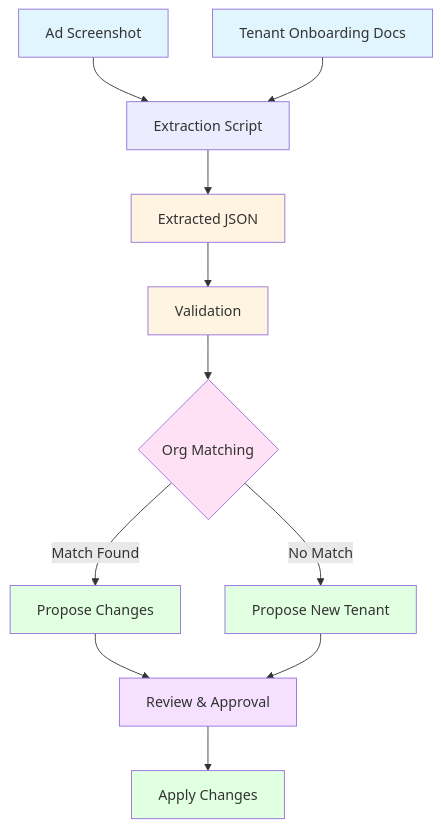
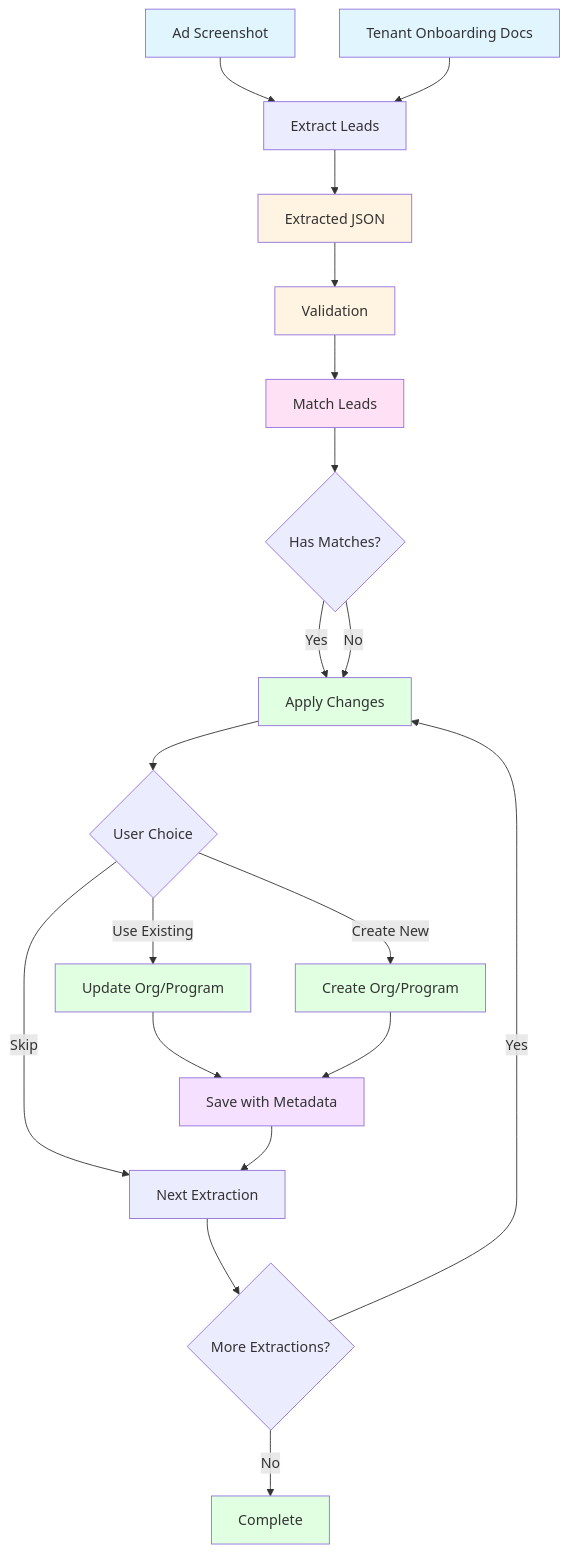
One commit to shawnmclean/sovoli changed the diagram in docs/leads/extraction-pipeline.md. Above: the diagram before and after it, drawn with Mermaid. The commit also changed other lines of this file and 40 other files, not shown here.

````diff
--- a/docs/leads/extraction-pipeline.md
+++ b/docs/leads/extraction-pipeline.md
@@ -9,23 +9,32 @@
 ```mermaid
 flowchart TD
-    A[Ad Screenshot] --> B[Extraction Script]
+    A[Ad Screenshot] --> B[Extract Leads]
     C[Tenant Onboarding Docs] --> B
     B --> D[Extracted JSON]
     D --> E[Validation]
-    E --> F{Org Matching}
-    F -->|Match Found| G[Propose Changes]
-    F -->|No Match| H[Propose New Tenant]
-    G --> I[Review & Approval]
-    H --> I
-    I --> J[Apply Changes]
+    E --> F[Match Leads]
+    F --> G{Has Matches?}
+    G -->|Yes| H[Apply Changes]
+    G -->|No| H
+    H --> I{User Choice}
+    I -->|Use Existing| J[Update Org/Program]
+    I -->|Create New| K[Create Org/Program]
+    I -->|Skip| L[Next Extraction]
+    J --> M[Save with Metadata]
+    K --> M
+    M --> L
+    L --> N{More Extractions?}
+    N -->|Yes| H
+    N -->|No| O[Complete]
     
     style A fill:#e1f5ff
     style C fill:#e1f5ff
     style D fill:#fff4e1
     style E fill:#fff4e1
     style F fill:#ffe1f5
-    style G fill:#e1ffe1
     style H fill:#e1ffe1
-    style I fill:#f5e1ff
     style J fill:#e1ffe1
+    style K fill:#e1ffe1
+    style M fill:#f5e1ff
+    style O fill:#e1ffe1
 ```
````
